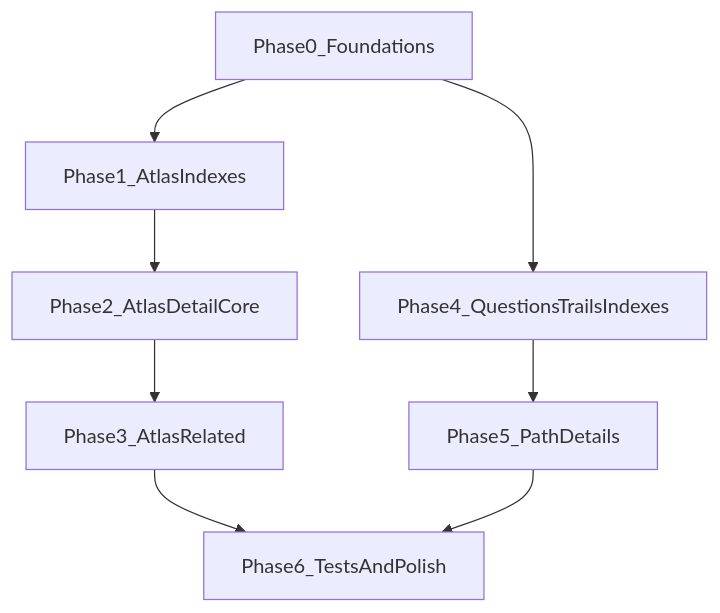
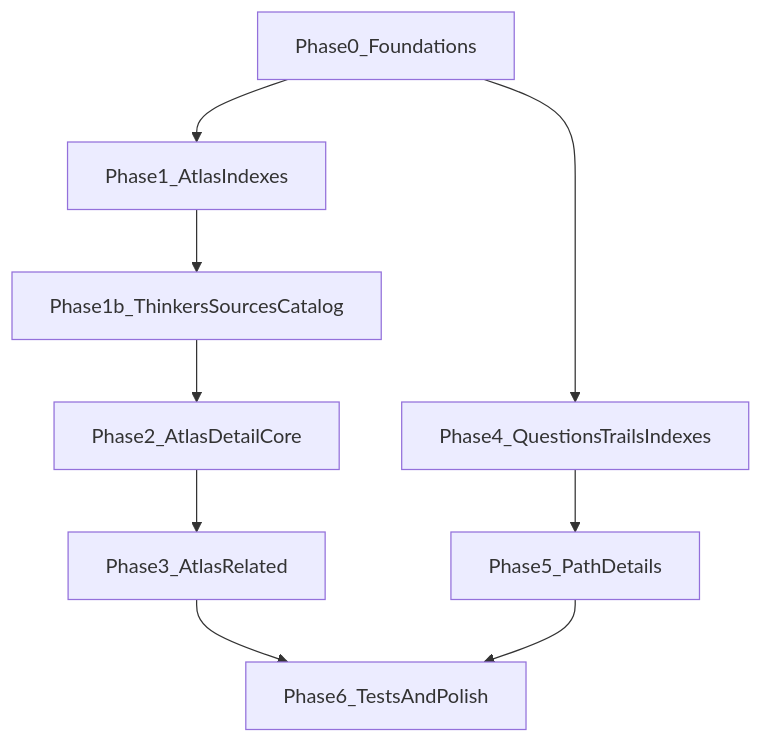
The second of 2 diagrams in apps/site/docs/roadmaps/explore-discovery-mobile-redesign.md (After-Certainty/after-certainty), drawn with Mermaid before and after one commit. The commit also changed other lines of this file and 2 other files, not shown here.

First line of the commit message:
Add Phase 1b thinkers/sources filter+sort to discovery roadmap

````diff
--- a/apps/site/docs/roadmaps/explore-discovery-mobile-redesign.md
+++ b/apps/site/docs/roadmaps/explore-discovery-mobile-redesign.md
@@ -318,14 +341,15 @@
 ```mermaid
 flowchart TD
   P0[Phase0_Foundations]
   P1[Phase1_AtlasIndexes]
+  P1b[Phase1b_ThinkersSourcesCatalog]
   P2[Phase2_AtlasDetailCore]
   P3[Phase3_AtlasRelated]
   P4[Phase4_QuestionsTrailsIndexes]
   P5[Phase5_PathDetails]
   P6[Phase6_TestsAndPolish]
-  P0 --> P1 --> P2 --> P3
+  P0 --> P1 --> P1b --> P2 --> P3
   P0 --> P4 --> P5
   P3 --> P6
   P5 --> P6
 ```
````
